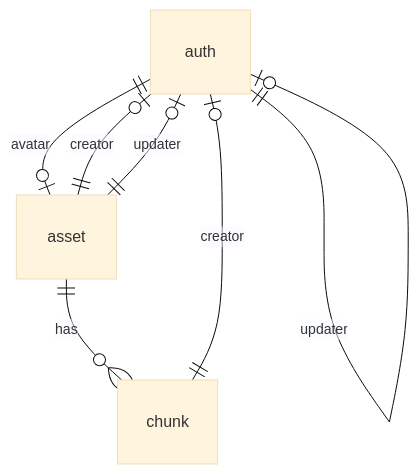
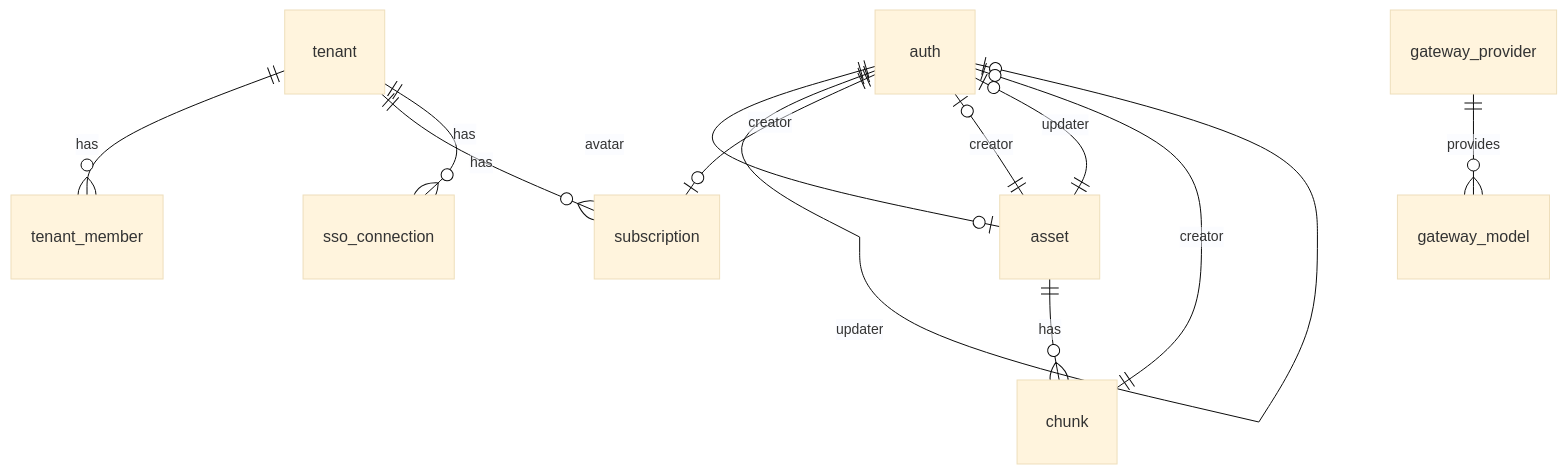
Before and after one commit to layenbrank/i-thinking: the first of 2 diagrams in guide/database.md, drawn with Mermaid (base theme). The commit also changed other lines of this file and 4 other files, not shown here.

````diff
--- a/guide/database.md
+++ b/guide/database.md
@@ -7,10 +7,15 @@
 ```mermaid
 erDiagram
   auth ||--o| asset : avatar
   auth ||--o| auth : creator
   auth ||--o| auth : updater
   asset ||--o| auth : creator
   asset ||--o| auth : updater
   asset ||--o{ chunk : has
   chunk ||--o| auth : creator
+  tenant ||--o{ tenant_member : has
+  tenant ||--o{ subscription : has
+  tenant ||--o{ sso_connection : has
+  gateway_provider ||--o{ gateway_model : provides
+  auth ||--o| subscription : creator
 ```
````
